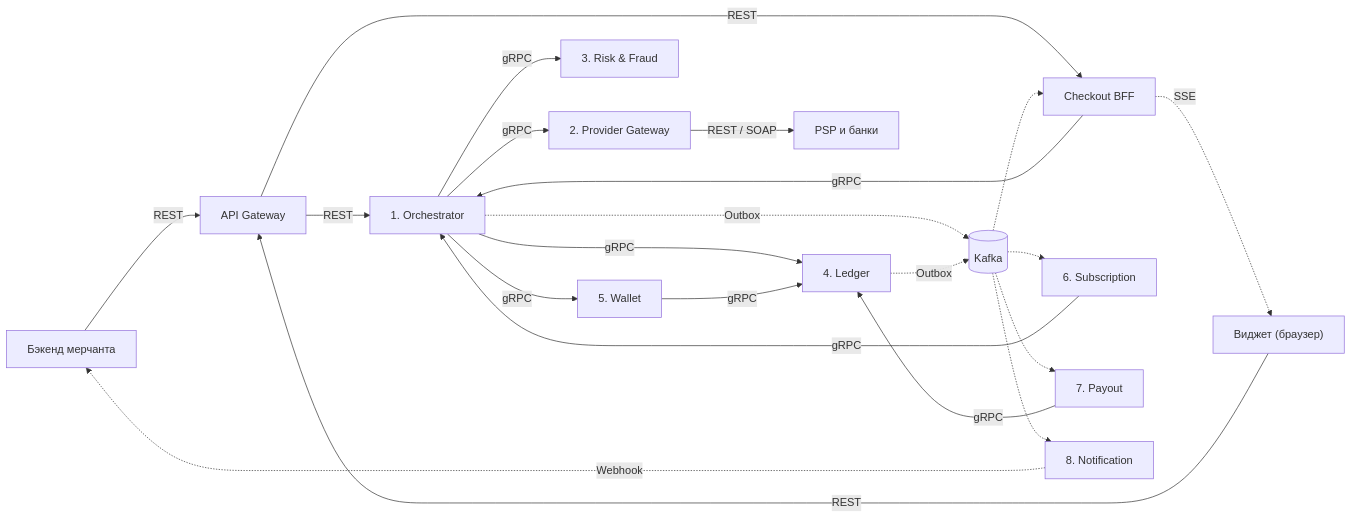
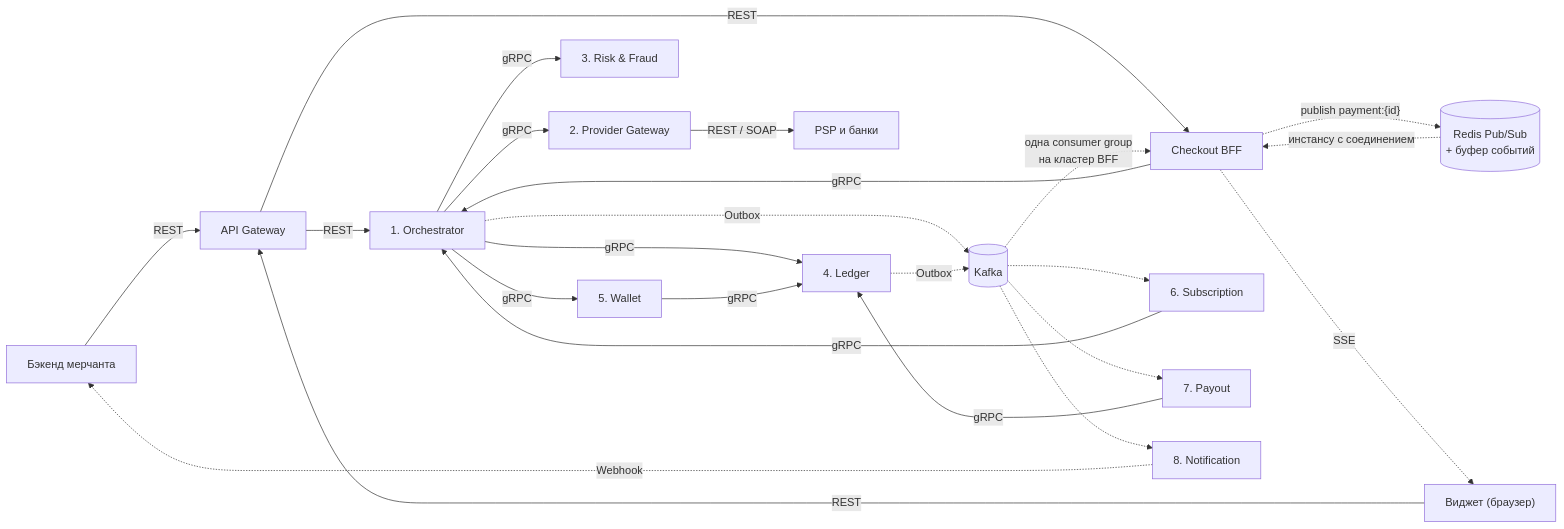
Before and after one commit to hebgehogg/system-design-otus: the first of 3 diagrams in hw_02/solution/README.md, drawn with Mermaid. The commit also changed other lines of this file, not shown here.

````diff
--- a/hw_02/solution/README.md
+++ b/hw_02/solution/README.md
@@ -162,41 +163,44 @@
 ```mermaid
 flowchart LR
     MB["Бэкенд мерчанта"]
     WD["Виджет (браузер)"]
     GW["API Gateway"]
     BFF["Checkout BFF"]
     ORCH["1. Orchestrator"]
     PG["2. Provider Gateway"]
     RISK["3. Risk & Fraud"]
     LED["4. Ledger"]
     WAL["5. Wallet"]
     SUB["6. Subscription"]
     POUT["7. Payout"]
     NTF["8. Notification"]
     KFK[("Kafka")]
+    RDS[("Redis Pub/Sub<br/>+ буфер событий")]
     PSP["PSP и банки"]
 
     MB -->|REST| GW
     WD -->|REST| GW
     GW -->|REST| ORCH
     GW -->|REST| BFF
     BFF -->|gRPC| ORCH
     SUB -->|gRPC| ORCH
 
     ORCH -->|gRPC| RISK
     ORCH -->|gRPC| PG
     ORCH -->|gRPC| WAL
     ORCH -->|gRPC| LED
     WAL -->|gRPC| LED
     POUT -->|gRPC| LED
     PG -->|"REST / SOAP"| PSP
 
     ORCH -.->|Outbox| KFK
     LED -.->|Outbox| KFK
     KFK -.-> NTF
-    KFK -.-> BFF
+    KFK -.->|"одна consumer group<br/>на кластер BFF"| BFF
     KFK -.-> SUB
     KFK -.-> POUT
     NTF -.->|Webhook| MB
+    BFF -.->|"publish payment:{id}"| RDS
+    RDS -.->|"инстансу с соединением"| BFF
     BFF -.->|SSE| WD
 ```
````
